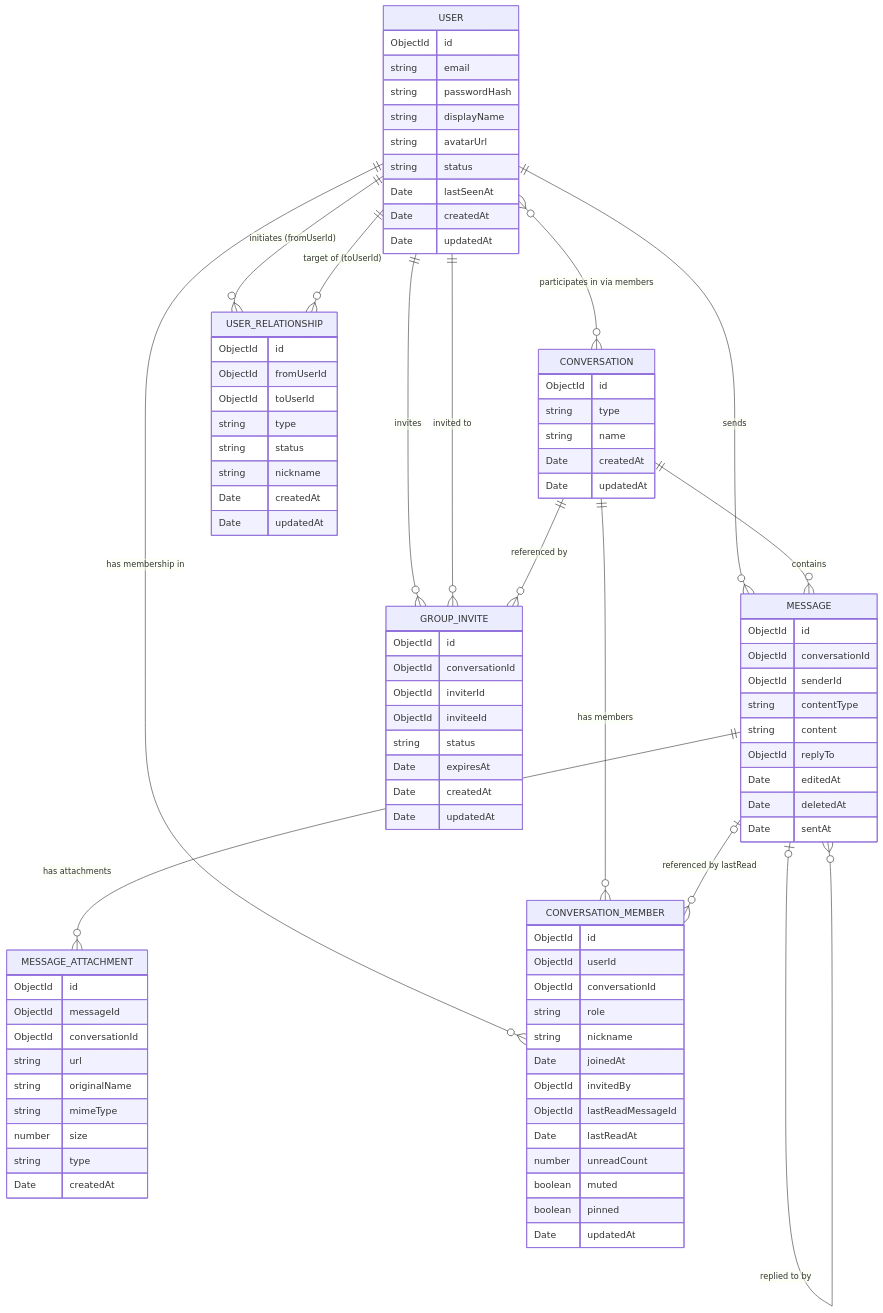
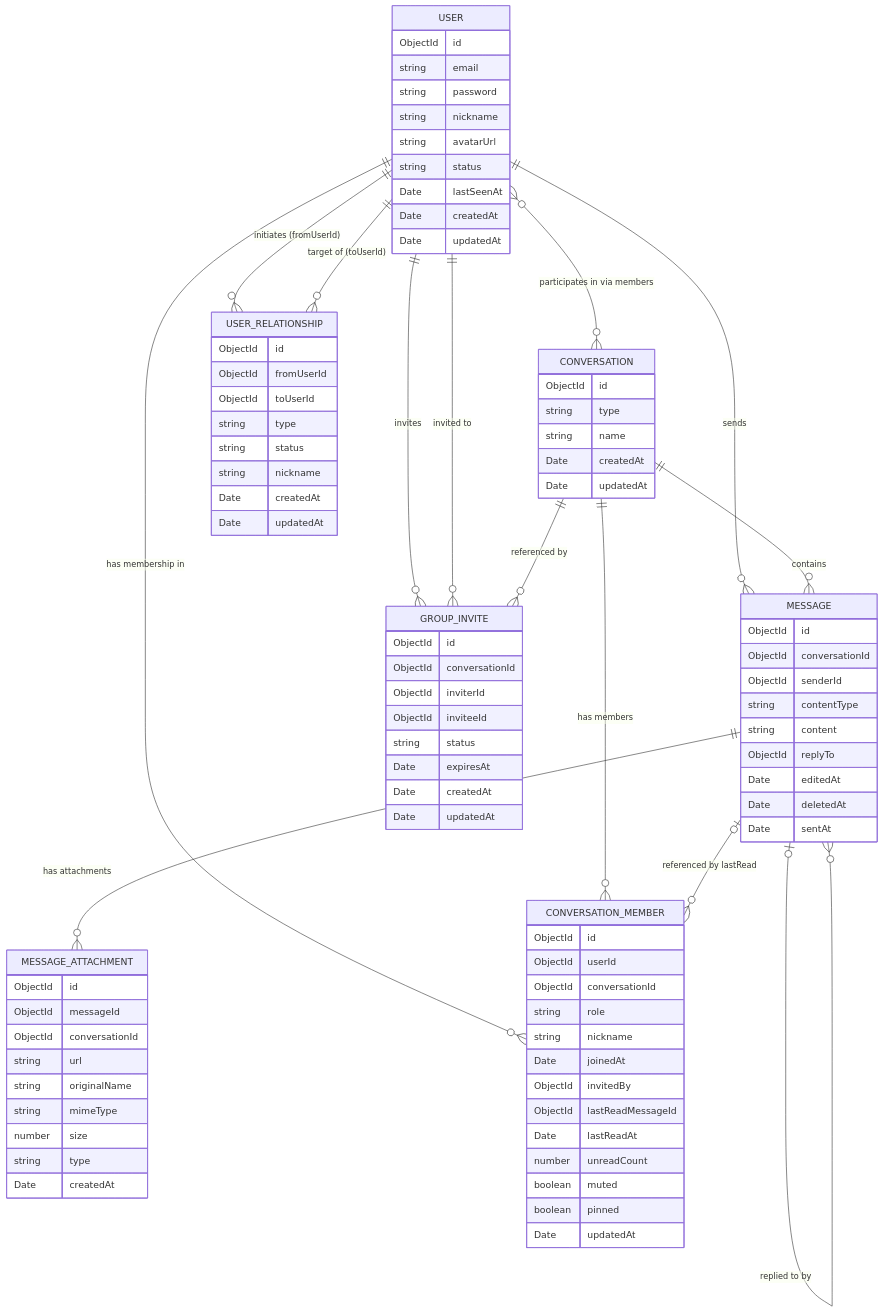
One commit to neoju/chatz changed the diagram in docs/database-schema.md. Above: the diagram before and after it, drawn with Mermaid. The commit also changed other lines of this file and 29 other files, not shown here.

```diff
--- a/docs/database-schema.md
+++ b/docs/database-schema.md
@@ -13,8 +13,8 @@
     USER {
         ObjectId id
         string email
-        string passwordHash
-        string displayName
+        string password
+        string nickname
         string avatarUrl
         string status
         Date lastSeenAt
```
